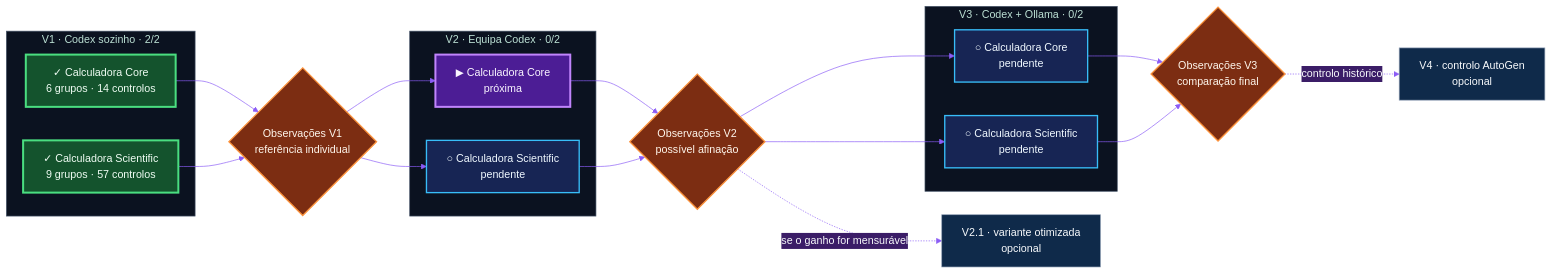
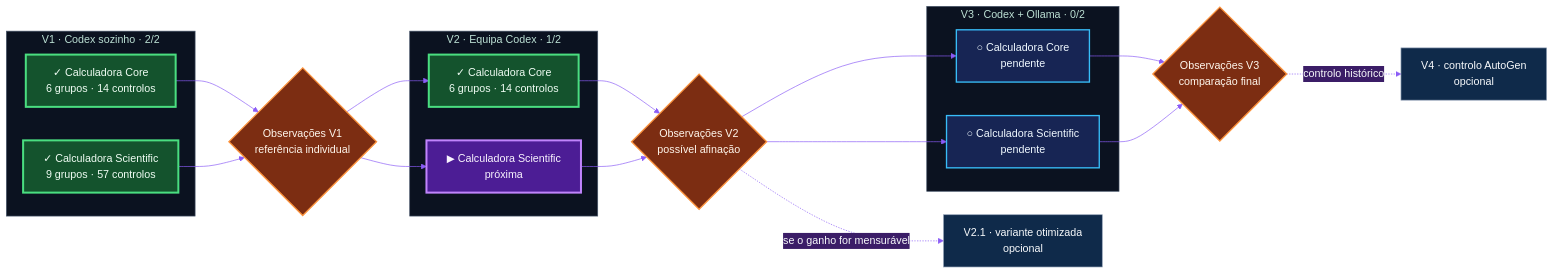
One commit to ERICRAC/AgentBench-2026 changed the diagram in README.pt.md. Above: the diagram before and after it, drawn with Mermaid. The commit also changed other lines of this file and 15 other files, not shown here.

````diff
--- a/README.pt.md
+++ b/README.pt.md
@@ -38,44 +38,44 @@
 ```mermaid
 %%{init: {"theme": "base", "themeVariables": {
   "primaryColor": "#0f2a4a", "primaryTextColor": "#f8fafc",
   "primaryBorderColor": "#22d3ee", "secondaryColor": "#3b1d67",
   "tertiaryColor": "#431f2b", "fontFamily": "system-ui",
   "lineColor": "#8b5cf6", "clusterBkg": "#0b1220",
   "clusterBorder": "#475569"
 }}}%%
 flowchart LR
     subgraph V1["V1 · Codex sozinho · 2/2"]
       V1C["✓ Calculadora Core<br/>6 grupos · 14 controlos"]
       V1S["✓ Calculadora Scientific<br/>9 grupos · 57 controlos"]
     end
     G1{"Observações V1<br/>referência individual"}
-    subgraph V2["V2 · Equipa Codex · 0/2"]
-      V2C["▶ Calculadora Core<br/>próxima"]
-      V2S["○ Calculadora Scientific<br/>pendente"]
+    subgraph V2["V2 · Equipa Codex · 1/2"]
+      V2C["✓ Calculadora Core<br/>6 grupos · 14 controlos"]
+      V2S["▶ Calculadora Scientific<br/>próxima"]
     end
     G2{"Observações V2<br/>possível afinação"}
     V21["V2.1 · variante otimizada<br/>opcional"]
     subgraph V3["V3 · Codex + Ollama · 0/2"]
       V3C["○ Calculadora Core<br/>pendente"]
       V3S["○ Calculadora Scientific<br/>pendente"]
     end
     G3{"Observações V3<br/>comparação final"}
     V4["V4 · controlo AutoGen<br/>opcional"]
     V1C & V1S --> G1
     G1 --> V2C & V2S
     V2C & V2S --> G2
     G2 -. "se o ganho for mensurável" .-> V21
     G2 --> V3C & V3S
     V3C & V3S --> G3
     G3 -. "controlo histórico" .-> V4
     classDef done fill:#14532d,stroke:#4ade80,color:#f0fdf4,stroke-width:3px;
     classDef next fill:#4c1d95,stroke:#c084fc,color:#faf5ff,stroke-width:3px;
     classDef todo fill:#172554,stroke:#38bdf8,color:#f0f9ff,stroke-width:2px;
     classDef gate fill:#7c2d12,stroke:#fb923c,color:#fff7ed,stroke-width:2px;
     classDef optional fill:#0f2a4a,stroke:#94a3b8,color:#f8fafc;
-    class V1C,V1S done;
-    class V2C next;
-    class V2S,V3C,V3S todo;
+    class V1C,V1S,V2C done;
+    class V2S next;
+    class V3C,V3S todo;
     class G1,G2,G3 gate;
     class V21,V4 optional;
 ```
````
